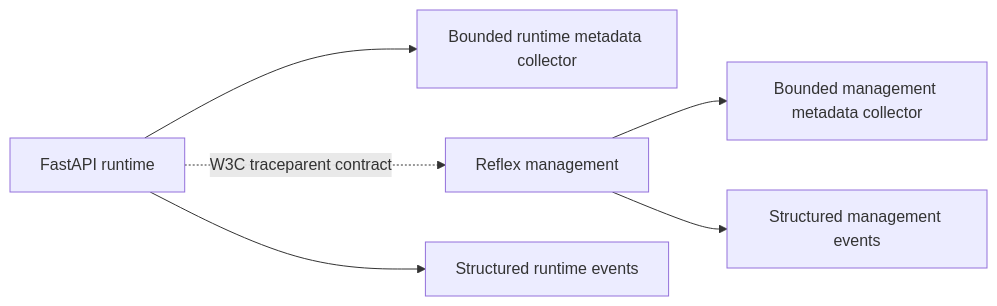
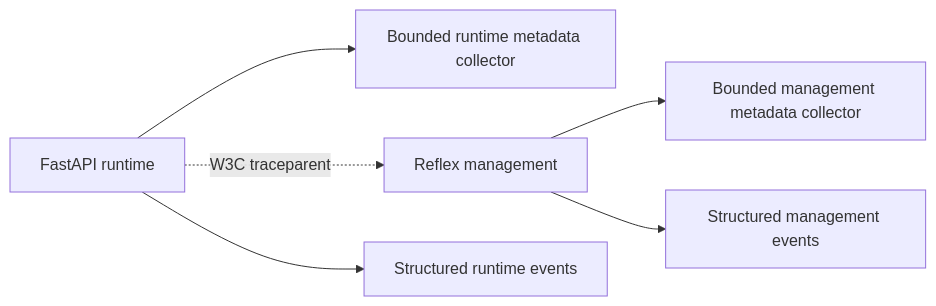
One commit to marvinbuss/caller-ai changed the fourth of 5 diagrams in docs/architecture.md. Above: the diagram before and after it, drawn with Mermaid. The commit also changed other lines of this file and 236 other files, not shown here.

````diff
--- a/docs/architecture.md
+++ b/docs/architecture.md
@@ -135,8 +171,8 @@
 ```mermaid
 flowchart LR
     Runtime[FastAPI runtime] --> RuntimeMemory[Bounded runtime metadata collector]
     Management[Reflex management] --> ManagementMemory[Bounded management metadata collector]
-    Runtime -. W3C traceparent contract .-> Management
+    Runtime -. W3C traceparent .-> Management
     Runtime --> RuntimeLogs[Structured runtime events]
     Management --> ManagementLogs[Structured management events]
 ```
````
